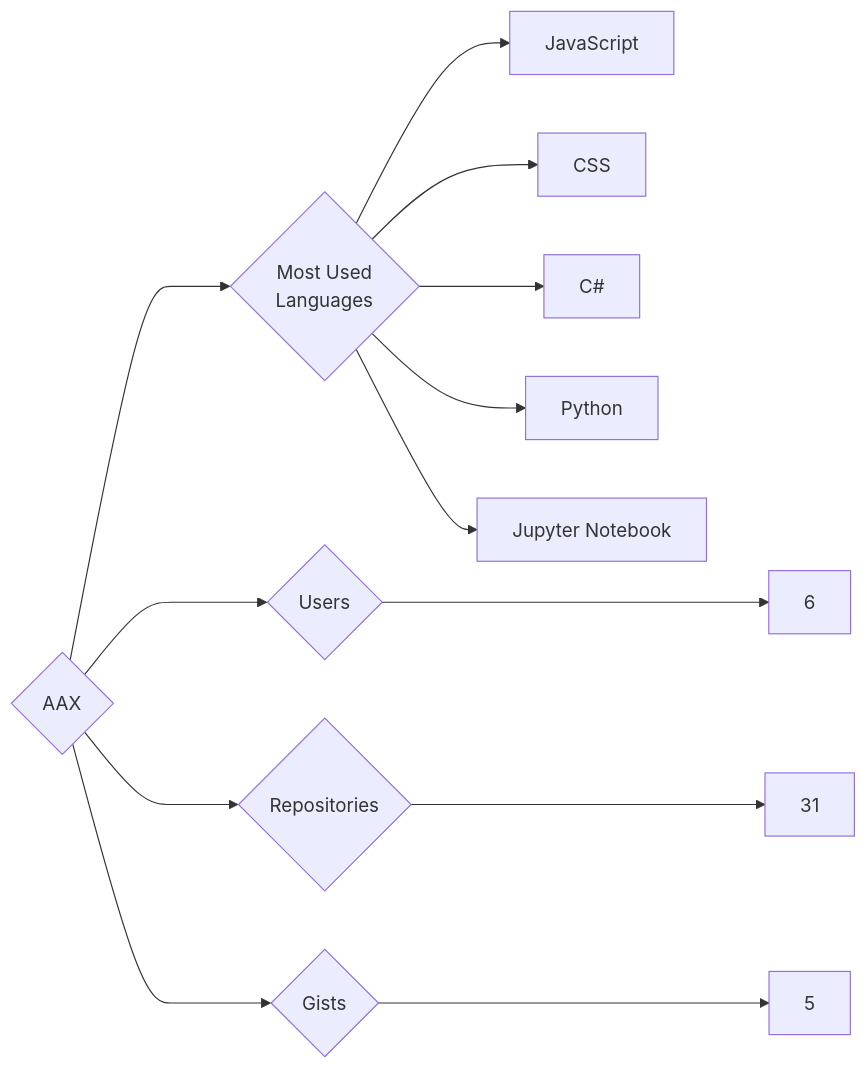
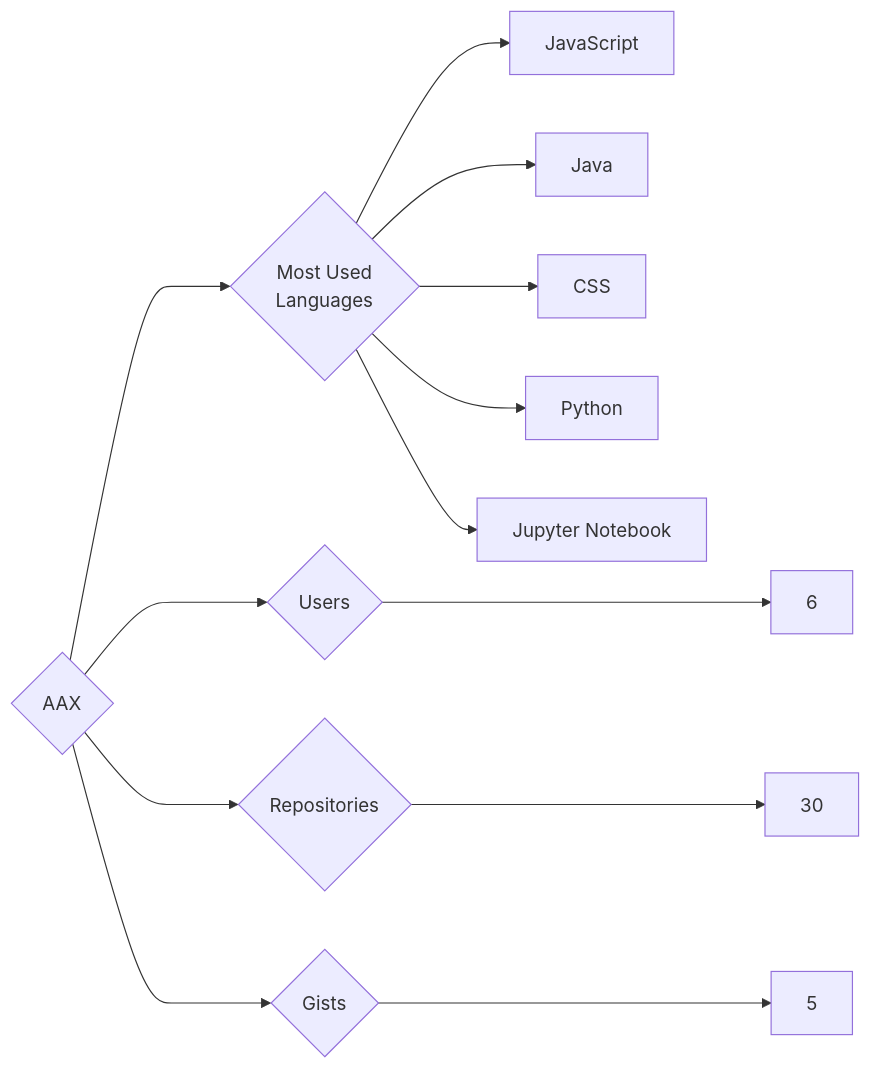
The diagram in targets/AAX/README.md (trickest/insiders), drawn with Mermaid before and after one commit. The commit also changed 912 other files, not shown here.

````diff
--- a/targets/AAX/README.md
+++ b/targets/AAX/README.md
@@ -3,13 +3,13 @@
 ```mermaid
 graph LR
 COMPANY_NAME{AAX}
 COMPANY_NAME ---> U{Users} ---> UN[6]
-COMPANY_NAME ---> R{Repositories} ---> RN[31]
+COMPANY_NAME ---> R{Repositories} ---> RN[30]
 COMPANY_NAME ---> G{Gists} ---> GN[5]
 COMPANY_NAME ---> ML{Most Used<br>Languages}
 ML --> JavaScript[JavaScript]
+ML --> Java[Java]
 ML --> CSS[CSS]
-ML --> C#[C#]
 ML --> Python[Python]
 ML --> Jupyter_Notebook[Jupyter Notebook]
 ```
````
